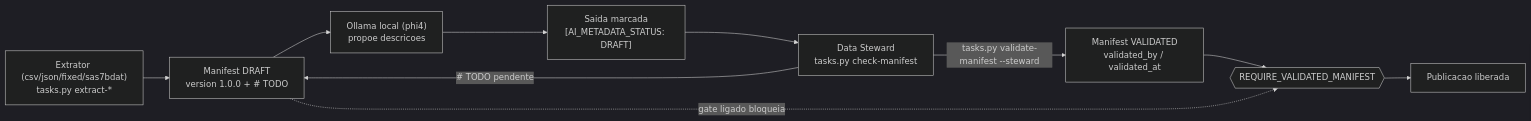
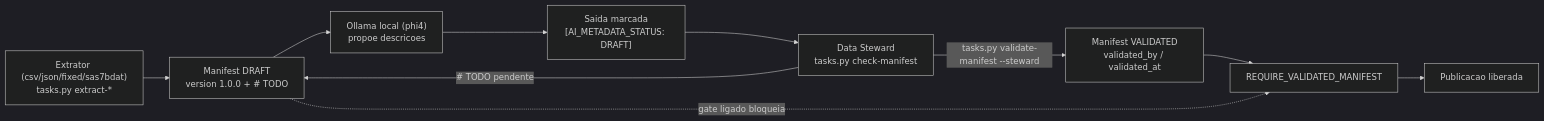
The fifth of 6 diagrams in README.md (Knnovar/data-masters-nimbus), drawn with Mermaid (dark theme) before and after one commit. The commit also changed other lines of this file and 20 other files, not shown here.

````diff
--- a/README.md
+++ b/README.md
@@ -159,17 +159,17 @@
 ```mermaid
-flowchart LR
+graph LR
     EXT["Extrator (csv/json/fixed/sas7bdat)<br/>tasks.py extract-*"]
     DRAFT["Manifest DRAFT<br/>version 1.0.0 + # TODO"]
     SLM["Ollama local (phi4)<br/>propoe descricoes"]
     TAG["Saida marcada<br/>[AI_METADATA_STATUS: DRAFT]"]
     STW["Data Steward<br/>tasks.py check-manifest"]
     VALD["Manifest VALIDATED<br/>validated_by / validated_at"]
-    GATEG{{"REQUIRE_VALIDATED_MANIFEST"}}
+    GATEG["REQUIRE_VALIDATED_MANIFEST"]
     PUBG["Publicacao liberada"]
 
     EXT --> DRAFT --> SLM --> TAG --> STW
     STW -- "# TODO pendente" --> DRAFT
     STW -- "tasks.py validate-manifest --steward" --> VALD
     VALD --> GATEG --> PUBG
-    DRAFT -.->|"gate ligado bloqueia"| GATEG
+    DRAFT -. gate ligado bloqueia .-> GATEG
 ```
````
